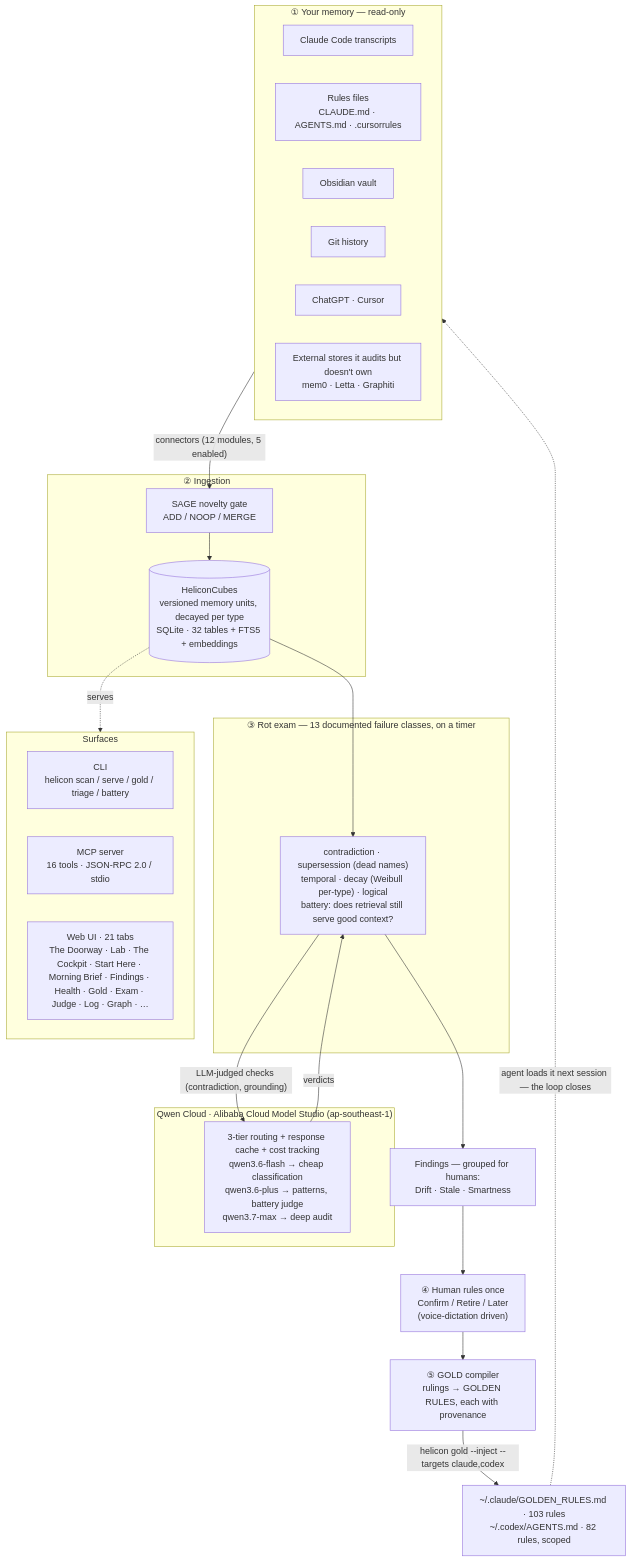
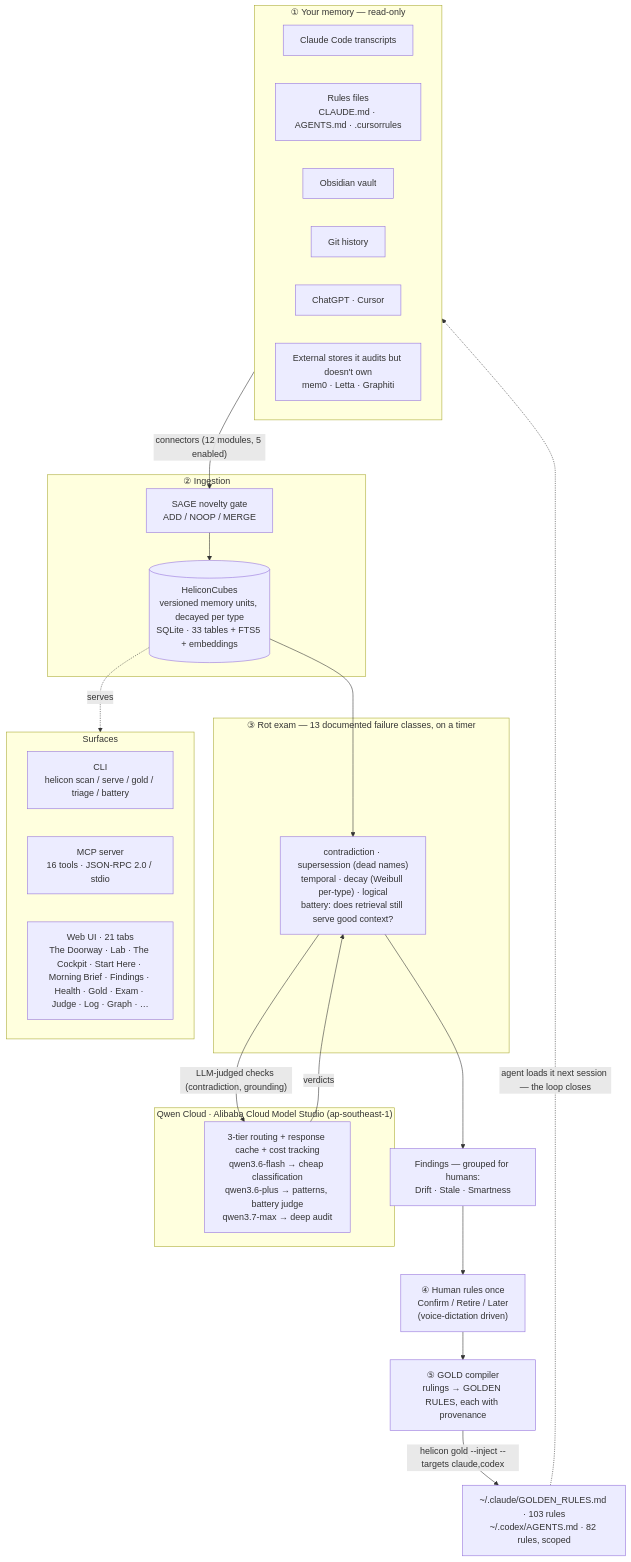
Before and after one commit to Morkeeth/mountain-of-helicon: the first of 2 diagrams in ARCHITECTURE.md, drawn with Mermaid. The commit also changed other lines of this file and 8 other files, not shown here.

````diff
--- a/ARCHITECTURE.md
+++ b/ARCHITECTURE.md
@@ -11,45 +11,45 @@
 ```mermaid
 flowchart TD
   subgraph SRC["① Your memory — read-only"]
     A1["Claude Code transcripts"]
     A2["Rules files<br/>CLAUDE.md · AGENTS.md · .cursorrules"]
     A3["Obsidian vault"]
     A4["Git history"]
     A5["ChatGPT · Cursor"]
     A6["External stores it audits but doesn't own<br/>mem0 · Letta · Graphiti"]
   end
 
   SRC -->|"connectors (12 modules, 5 enabled)"| GATE
 
   subgraph INGEST["② Ingestion"]
     GATE["SAGE novelty gate<br/>ADD / NOOP / MERGE"]
-    CUBES[("HeliconCubes<br/>versioned memory units, decayed per type<br/>SQLite · 32 tables + FTS5 + embeddings")]
+    CUBES[("HeliconCubes<br/>versioned memory units, decayed per type<br/>SQLite · 33 tables + FTS5 + embeddings")]
     GATE --> CUBES
   end
 
   CUBES --> EXAM
 
   subgraph AUDIT["③ Rot exam — 13 documented failure classes, on a timer"]
     EXAM["contradiction · supersession (dead names)<br/>temporal · decay (Weibull per-type) · logical<br/>battery: does retrieval still serve good context?"]
   end
 
   EXAM -->|"LLM-judged checks (contradiction, grounding)"| QWEN
   QWEN -->|verdicts| EXAM
 
   subgraph QWENC["Qwen Cloud · Alibaba Cloud Model Studio (ap-southeast-1)"]
     QWEN["3-tier routing + response cache + cost tracking<br/>qwen3.6-flash → cheap classification<br/>qwen3.6-plus → patterns, battery judge<br/>qwen3.7-max → deep audit"]
   end
 
   EXAM --> FIND["Findings — grouped for humans:<br/>Drift · Stale · Smartness"]
   FIND --> HUMAN["④ Human rules once<br/>Confirm / Retire / Later<br/>(voice-dictation driven)"]
   HUMAN --> GOLD["⑤ GOLD compiler<br/>rulings → GOLDEN RULES, each with provenance"]
   GOLD -->|"helicon gold --inject --targets claude,codex"| INJECT["~/.claude/GOLDEN_RULES.md · 103 rules<br/>~/.codex/AGENTS.md · 82 rules, scoped"]
   INJECT -.->|"agent loads it next session — the loop closes"| SRC
 
   CUBES -.serves.-> SURF
   subgraph SURF["Surfaces"]
     CLI["CLI<br/>helicon scan / serve / gold / triage / battery"]
     MCP["MCP server<br/>16 tools · JSON-RPC 2.0 / stdio"]
     WEB["Web UI · 21 tabs<br/>The Doorway · Lab · The Cockpit · Start Here · Morning Brief · Findings · Health · Gold · Exam · Judge · Log · Graph · …"]
   end
 ```
````
